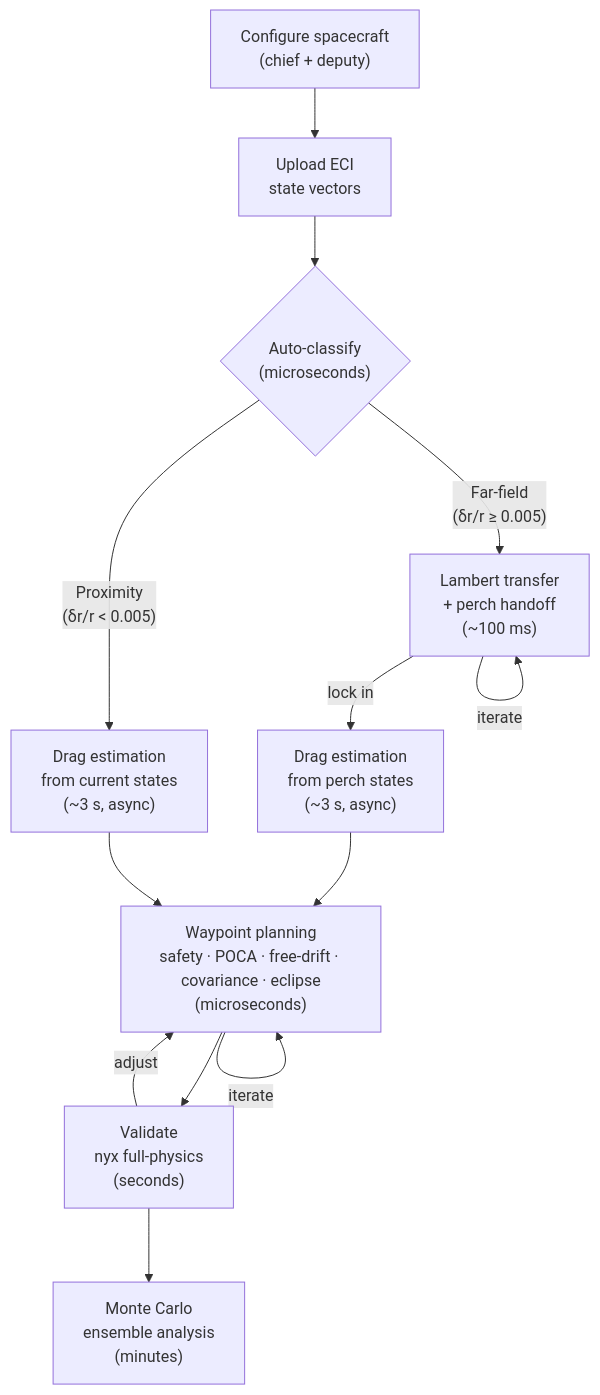
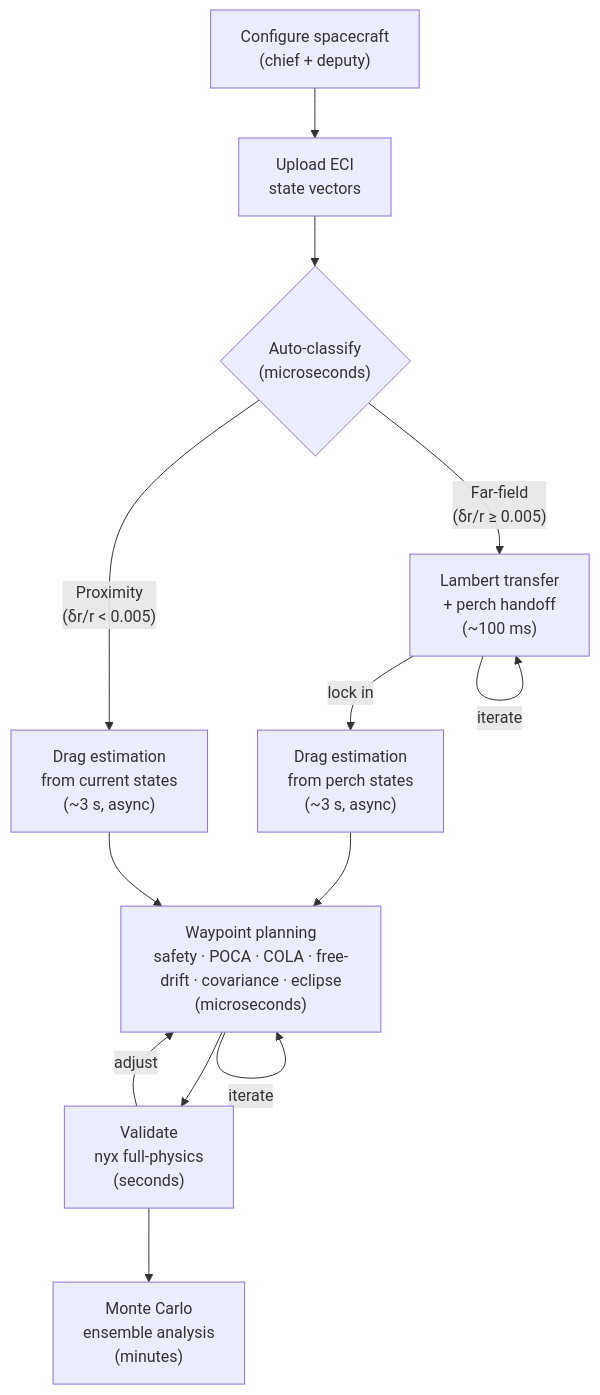
The diagram in README.md (sakobu/rpo-toolkit), drawn with Mermaid before and after one commit. The commit also changed other lines of this file and 27 other files, not shown here.

````diff
--- a/README.md
+++ b/README.md
@@ -45,15 +45,15 @@
 ```mermaid
 flowchart TD
     A["Configure spacecraft\n(chief + deputy)"] --> B["Upload ECI\nstate vectors"]
     B --> C{"Auto-classify\n(microseconds)"}
     C -- "Far-field\n(δr/r ≥ 0.005)" --> D["Lambert transfer\n+ perch handoff\n(~100 ms)"]
     C -- "Proximity\n(δr/r < 0.005)" --> E2["Drag estimation\nfrom current states\n(~3 s, async)"]
     D -- "iterate" --> D
     D -- "lock in" --> E1["Drag estimation\nfrom perch states\n(~3 s, async)"]
-    E1 --> F["Waypoint planning\nsafety · POCA · free-drift · covariance · eclipse\n(microseconds)"]
+    E1 --> F["Waypoint planning\nsafety · POCA · COLA · free-drift · covariance · eclipse\n(microseconds)"]
     E2 --> F
     F -- "iterate" --> F
     F --> G["Validate\nnyx full-physics\n(seconds)"]
     G -- "adjust" --> F
     G --> H["Monte Carlo\nensemble analysis\n(minutes)"]
 ```
````
